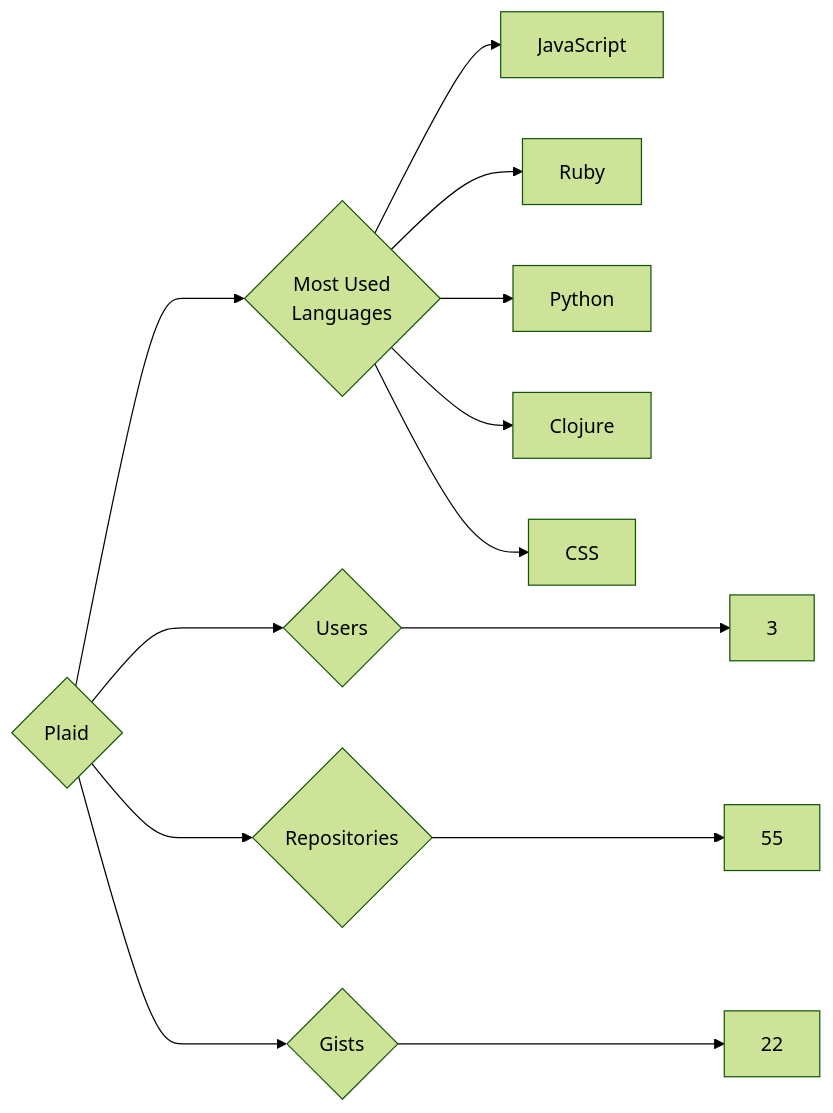
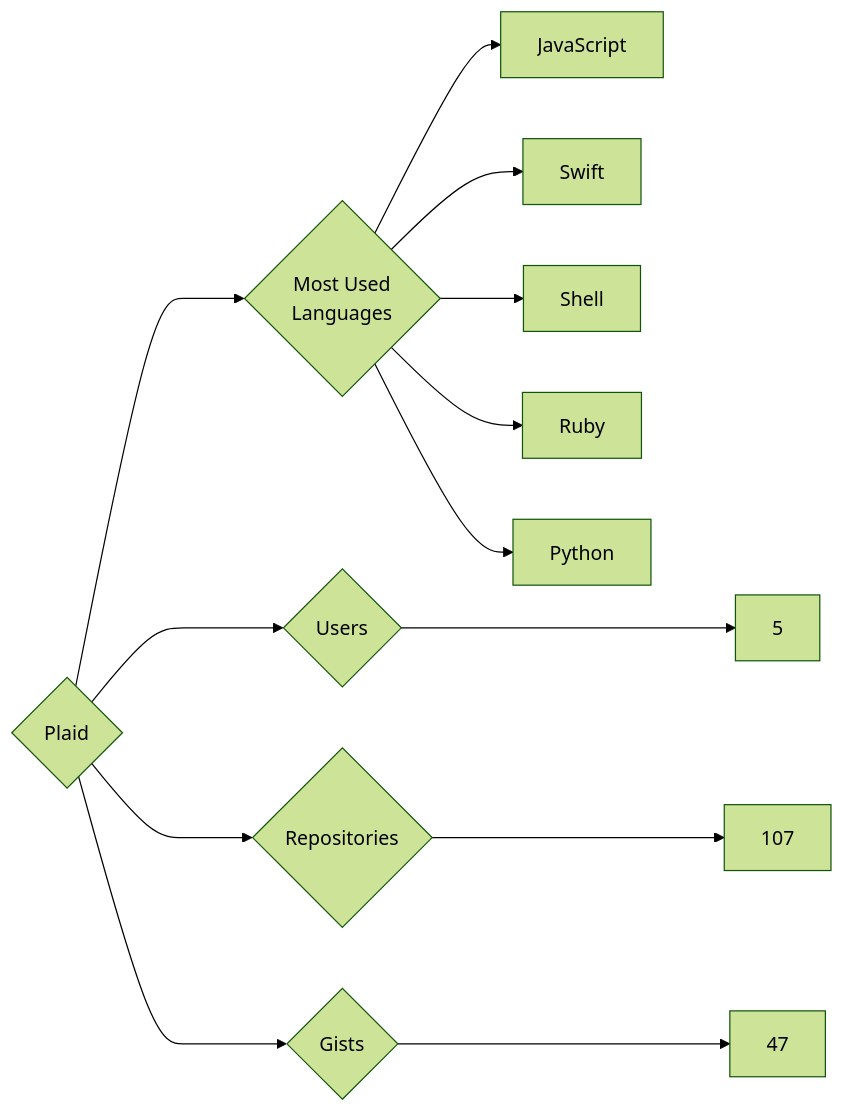
The diagram in targets/Plaid/README.md (trickest/insiders), drawn with Mermaid (forest theme) before and after one commit. The commit also changed 870 other files, not shown here.

````diff
--- a/targets/Plaid/README.md
+++ b/targets/Plaid/README.md
@@ -3,13 +3,13 @@
 ```mermaid
 graph LR
 COMPANY_NAME{Plaid}
-COMPANY_NAME ---> U{Users} ---> UN[3]
-COMPANY_NAME ---> R{Repositories} ---> RN[55]
-COMPANY_NAME ---> G{Gists} ---> GN[22]
+COMPANY_NAME ---> U{Users} ---> UN[5]
+COMPANY_NAME ---> R{Repositories} ---> RN[107]
+COMPANY_NAME ---> G{Gists} ---> GN[47]
 COMPANY_NAME ---> ML{Most Used<br>Languages}
 ML --> JavaScript[JavaScript]
+ML --> Swift[Swift]
+ML --> Shell[Shell]
 ML --> Ruby[Ruby]
 ML --> Python[Python]
-ML --> Clojure[Clojure]
-ML --> CSS[CSS]
 ```
````
